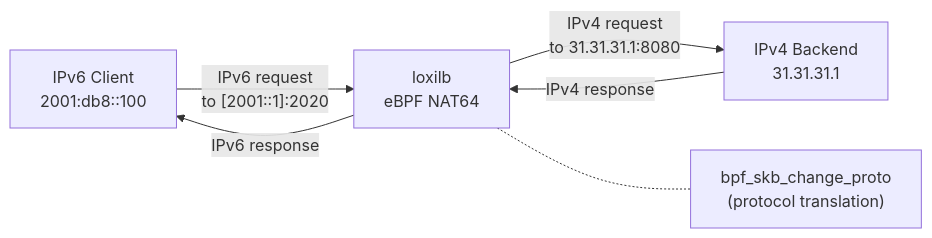
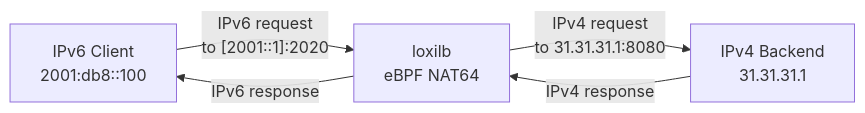
One commit to NLX-SeokHwanKong/loxilbdocs changed the diagram in docs/network-gateway/nat64.md. Above: the diagram before and after it, drawn with Mermaid. The commit also changed other lines of this file and 2 other files, not shown here.

````diff
--- a/docs/network-gateway/nat64.md
+++ b/docs/network-gateway/nat64.md
@@ -15,9 +15,7 @@
 ```mermaid
 flowchart LR
     A["IPv6 Client\n2001:db8::100"] -->|"IPv6 request\nto [2001::1]:2020"| B["loxilb\neBPF NAT64"]
     B -->|"IPv4 request\nto 31.31.31.1:8080"| C["IPv4 Backend\n31.31.31.1"]
     C -->|"IPv4 response"| B
     B -->|"IPv6 response"| A
-
-    B -.- B1["bpf_skb_change_proto\n(protocol translation)"]
 ```
````
